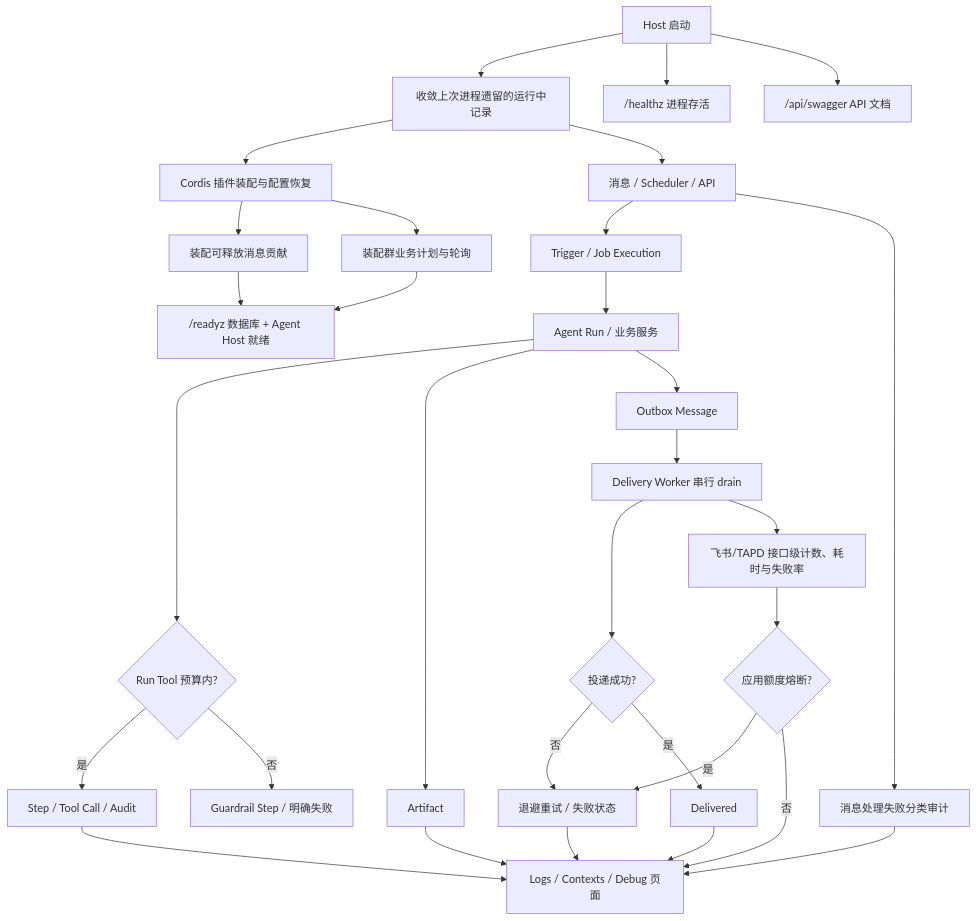
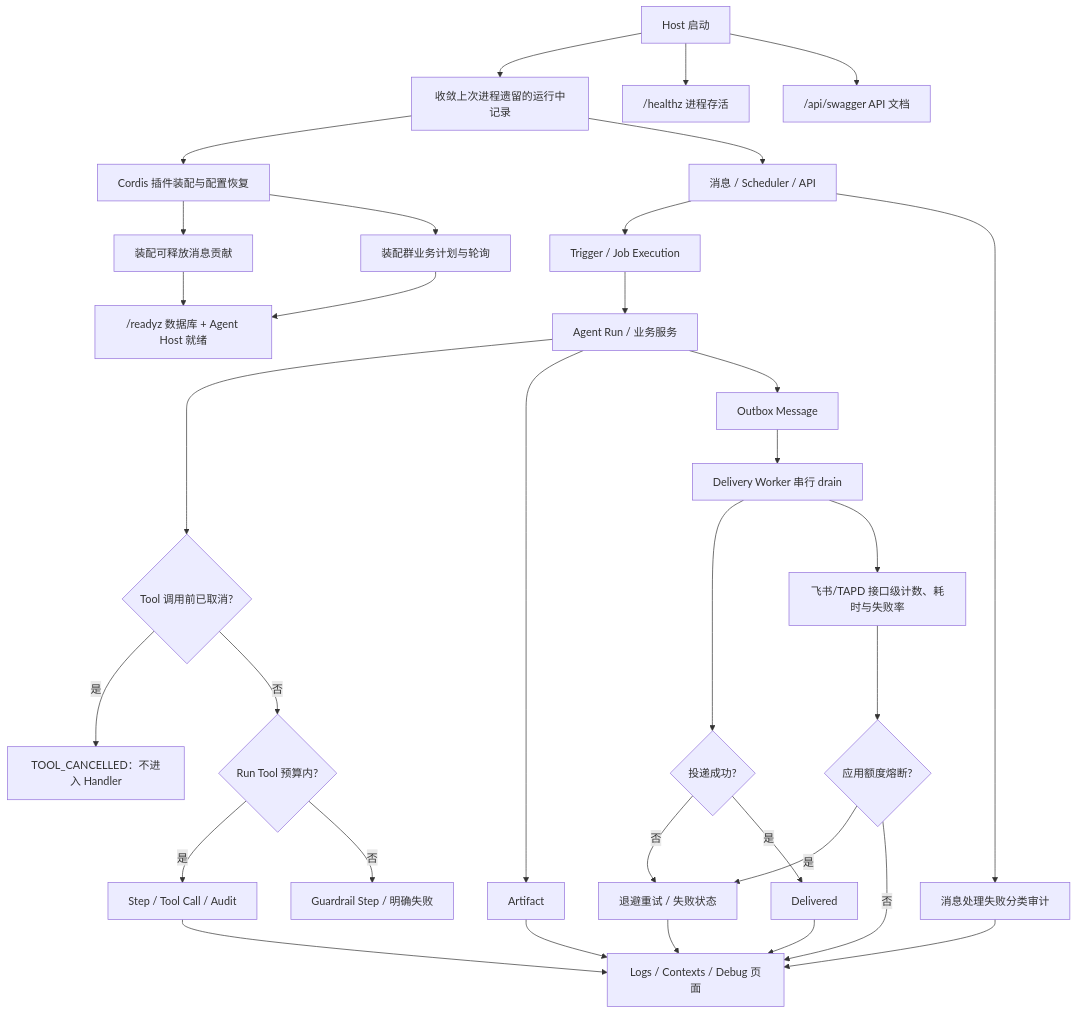
Before and after one commit to KlayPeter/AI-Delivery-Ops-Agent: the diagram in backend/src/platform/runtime/FEATURE.md, drawn with Mermaid. The commit also changed other lines of this file and 26 other files, not shown here.

````diff
--- a/backend/src/platform/runtime/FEATURE.md
+++ b/backend/src/platform/runtime/FEATURE.md
@@ -21,33 +21,35 @@
 ```mermaid
 flowchart TD
     R["Host 启动"] --> S["收敛上次进程遗留的运行中记录"]
     R --> Q["/healthz 进程存活"]
     R --> OAPI["/api/swagger API 文档"]
     S --> P["Cordis 插件装配与配置恢复"]
     P --> MR["装配可释放消息贡献"]
     MR --> Z["/readyz 数据库 + Agent Host 就绪"]
     P --> SJ[装配群业务计划与轮询]
     SJ --> Z
     S --> A["消息 / Scheduler / API"]
     A --> B["Trigger / Job Execution"]
     B --> C["Agent Run / 业务服务"]
-    C --> L{"Run Tool 预算内?"}
+    C --> TC{"Tool 调用前已取消?"}
+    TC -- 是 --> TR["TOOL_CANCELLED：不进入 Handler"]
+    TC -- 否 --> L{"Run Tool 预算内?"}
     L -- 是 --> D["Step / Tool Call / Audit"]
     L -- 否 --> M["Guardrail Step / 明确失败"]
     C --> E["Artifact"]
     C --> F["Outbox Message"]
     F --> G["Delivery Worker 串行 drain"]
     G --> H{"投递成功?"}
     H -- 否 --> I["退避重试 / 失败状态"]
     H -- 是 --> J["Delivered"]
     D --> K["Logs / Contexts / Debug 页面"]
     A --> X["消息处理失败分类审计"]
     X --> K
     E --> K
     I --> K
     J --> K
     G --> Y["飞书/TAPD 接口级计数、耗时与失败率"]
     Y --> Z1{"应用额度熔断?"}
     Z1 -- "是" --> I
     Z1 -- "否" --> K
 ```
````
